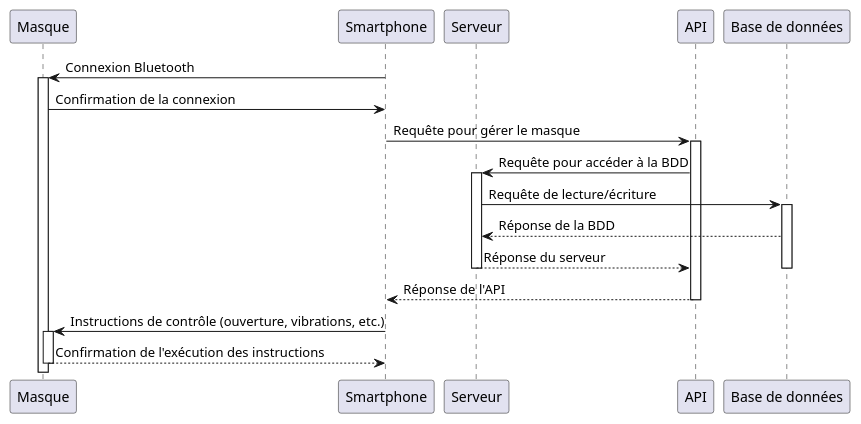
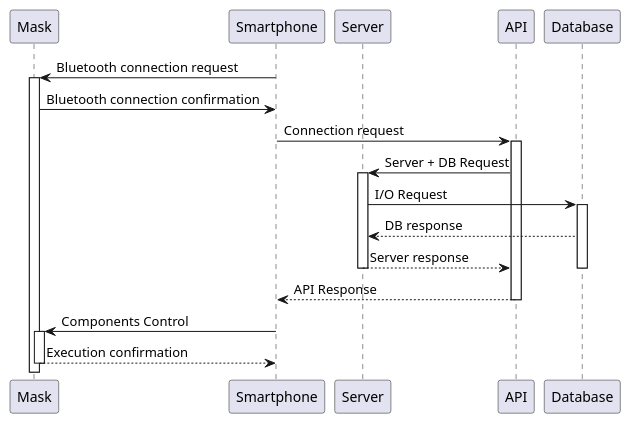
The diagram in sequence/maskup_general.puml (MaskUp-Org/Models), drawn with PlantUML before and after one commit.

Commit message:
Change language to english

```diff
--- a/sequence/maskup_general.puml
+++ b/sequence/maskup_general.puml
@@ -1,27 +1,27 @@
 @startuml maskup_general
-participant Masque
+participant Mask
 participant Smartphone
-participant Serveur
+participant Server
 participant API
-participant "Base de données" as BDD
+participant "Database" as DB
 
-Smartphone -> Masque: Connexion Bluetooth
-activate Masque
-Masque -> Smartphone: Confirmation de la connexion
-Smartphone -> API: Requête pour gérer le masque
+Smartphone -> Mask: Bluetooth connection request
+activate Mask
+Mask -> Smartphone: Bluetooth connection confirmation
+Smartphone -> API: Connection request
 activate API
-API -> Serveur: Requête pour accéder à la BDD
-activate Serveur
-Serveur -> BDD: Requête de lecture/écriture
-activate BDD
-BDD --> Serveur: Réponse de la BDD
-Serveur --> API: Réponse du serveur
-deactivate BDD
-deactivate Serveur
-API --> Smartphone: Réponse de l'API
+API -> Server: Server + DB Request
+activate Server
+Server -> DB: I/O Request
+activate DB
+DB --> Server: DB response
+Server --> API: Server response
+deactivate DB
+deactivate Server
+API --> Smartphone: API Response
 deactivate API
-Smartphone -> Masque: Instructions de contrôle (ouverture, vibrations, etc.)
-activate Masque
-Masque --> Smartphone: Confirmation de l'exécution des instructions
-deactivate Masque
+Smartphone -> Mask: Components Control
+activate Mask
+Mask --> Smartphone: Execution confirmation
+deactivate Mask
 @enduml
```
